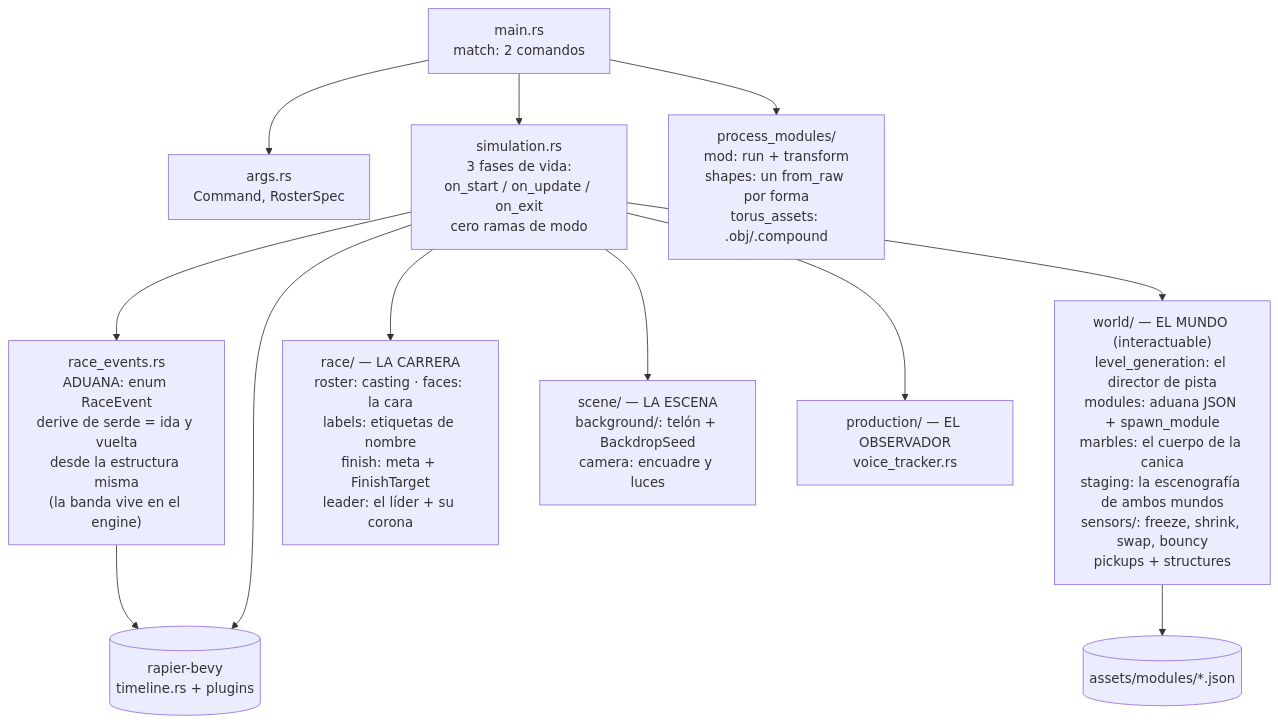
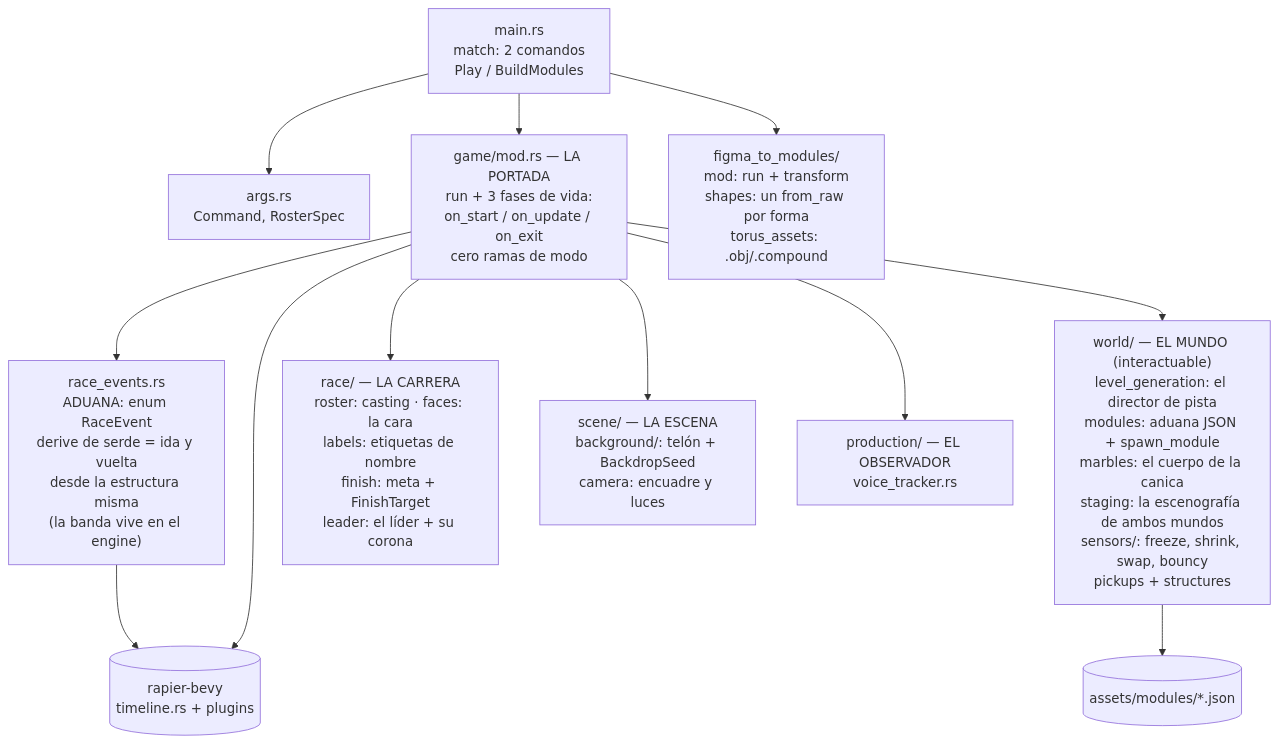
Before and after one commit to jesusgomeznuz/canicasbrawl-rapier: the fifth of 5 diagrams in docs/flow.md, drawn with Mermaid. The commit also changed other lines of this file and 8 other files, not shown here.

First line of the commit message:
refactor: la portada game::run — el juego vive en su propia carpeta

````diff
--- a/docs/flow.md
+++ b/docs/flow.md
@@ -88,16 +88,16 @@
 ```mermaid
 flowchart TD
-    main["main.rs<br/>match: 2 comandos"] --> args["args.rs<br/>Command, RosterSpec"]
-    main --> sim["simulation.rs<br/>3 fases de vida:<br/>on_start / on_update / on_exit<br/>cero ramas de modo"]
-    main --> pm["process_modules/<br/>mod: run + transform<br/>shapes: un from_raw por forma<br/>torus_assets: .obj/.compound"]
+    main["main.rs<br/>match: 2 comandos<br/>Play / BuildModules"] --> args["args.rs<br/>Command, RosterSpec"]
+    main --> sim["game/mod.rs — LA PORTADA<br/>run + 3 fases de vida:<br/>on_start / on_update / on_exit<br/>cero ramas de modo"]
+    main --> pm["figma_to_modules/<br/>mod: run + transform<br/>shapes: un from_raw por forma<br/>torus_assets: .obj/.compound"]
 
     sim --> aduana["race_events.rs<br/>ADUANA: enum RaceEvent<br/>derive de serde = ida y vuelta<br/>desde la estructura misma<br/>(la banda vive en el engine)"]
     sim --> worlddir["world/ — EL MUNDO (interactuable)<br/>level_generation: el director de pista<br/>modules: aduana JSON + spawn_module<br/>marbles: el cuerpo de la canica<br/>staging: la escenografía de ambos mundos<br/>sensors/: freeze, shrink, swap, bouncy<br/>pickups + structures"]
     sim --> racedir["race/ — LA CARRERA<br/>roster: casting · faces: la cara<br/>labels: etiquetas de nombre<br/>finish: meta + FinishTarget<br/>leader: el líder + su corona"]
     sim --> scenedir["scene/ — LA ESCENA<br/>background/: telón + BackdropSeed<br/>camera: encuadre y luces"]
     sim --> tracker["production/ — EL OBSERVADOR<br/>voice_tracker.rs"]
 
     worlddir --> ModulesJSON[("assets/modules/*.json")]
     aduana --> engine[("rapier-bevy<br/>timeline.rs + plugins")]
     sim --> engine
 ```
````
